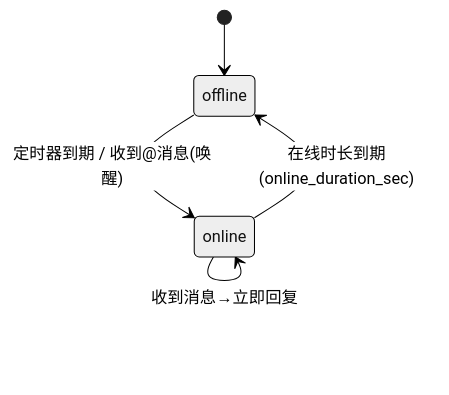
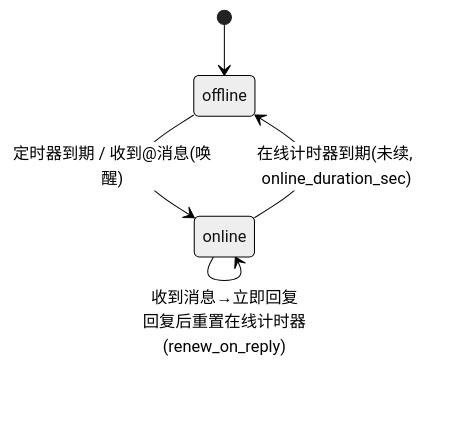
The third of 5 diagrams in docs/实施方案.md (Gove2004/GGBot), drawn with Mermaid (neutral theme) before and after one commit. The commit also changed other lines of this file, not shown here.

Commit message:
docs: add renew-on-reply presence + chunked short-message reply

````diff
--- a/docs/实施方案.md
+++ b/docs/实施方案.md
@@ -136,7 +151,7 @@
 ```mermaid
 stateDiagram-v2
     [*] --> offline
     offline --> online: 定时器到期 / 收到@消息(唤醒)
-    online --> online: 收到消息→立即回复
-    online --> offline: 在线时长到期(online_duration_sec)
+    online --> online: 收到消息→立即回复<br/>回复后重置在线计时器(renew_on_reply)
+    online --> offline: 在线计时器到期(未续, online_duration_sec)
 ```
````
